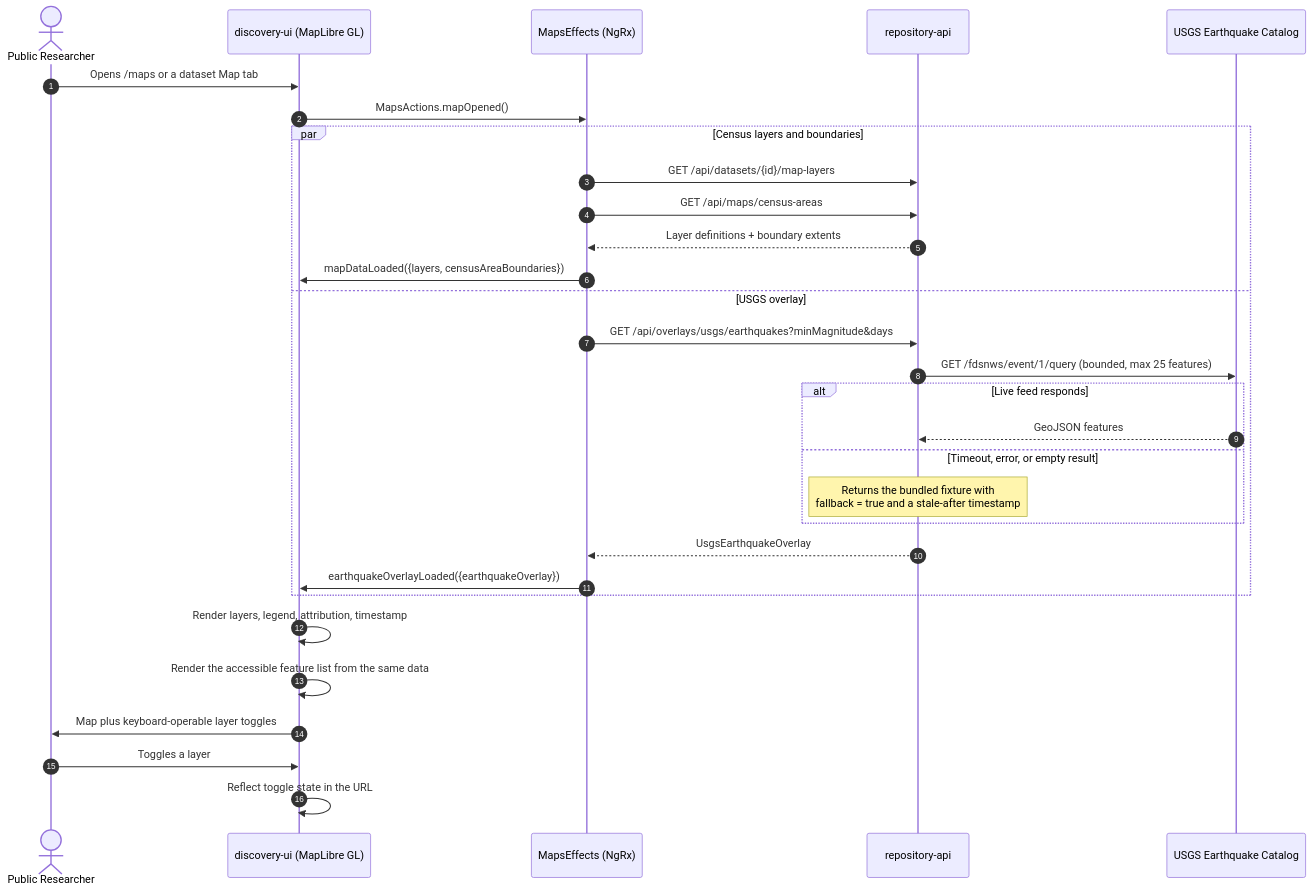
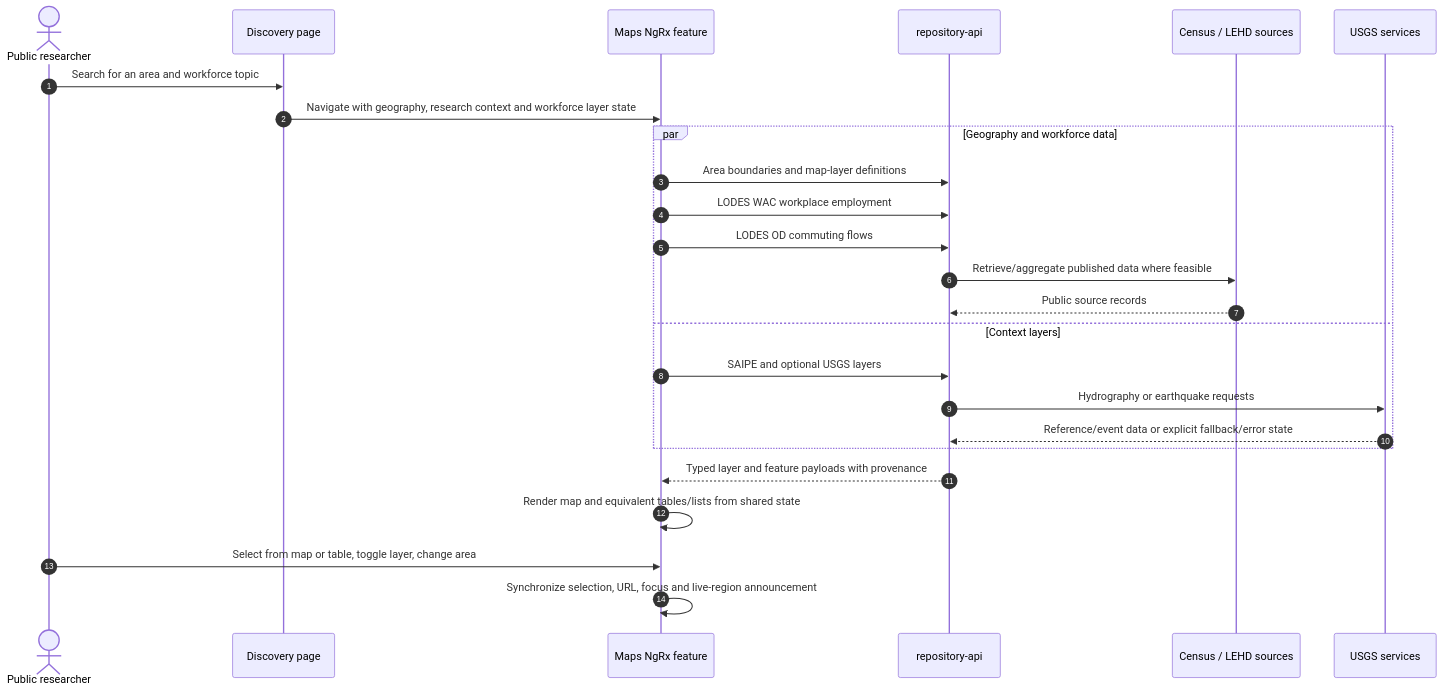
Before and after one commit to JeffreySanford/civics-research-repository: the fifth of 6 diagrams in documentation/architecture-diagrams.md, drawn with Mermaid. The commit also changed other lines of this file and 14 other files, not shown here.

````diff
--- a/documentation/architecture-diagrams.md
+++ b/documentation/architecture-diagrams.md
@@ -176,35 +132,28 @@
 ```mermaid
 sequenceDiagram
     autonumber
-    actor researcher as Public Researcher
-    participant ui as discovery-ui (MapLibre GL)
-    participant effects as MapsEffects (NgRx)
+    actor researcher as Public researcher
+    participant discovery as Discovery page
+    participant maps as Maps NgRx feature
     participant api as repository-api
-    participant usgs as USGS Earthquake Catalog
+    participant census as Census / LEHD sources
+    participant usgs as USGS services
 
-    researcher->>ui: Opens /maps or a dataset Map tab
-    ui->>effects: MapsActions.mapOpened()
-
-    par Census layers and boundaries
-        effects->>api: GET /api/datasets/{id}/map-layers
-        effects->>api: GET /api/maps/census-areas
-        api-->>effects: Layer definitions + boundary extents
-        effects->>ui: mapDataLoaded({layers, censusAreaBoundaries})
-    and USGS overlay
-        effects->>api: GET /api/overlays/usgs/earthquakes?minMagnitude&days
-        api->>usgs: GET /fdsnws/event/1/query (bounded, max 25 features)
-        alt Live feed responds
-            usgs-->>api: GeoJSON features
-        else Timeout, error, or empty result
-            Note over api: Returns the bundled fixture with<br/>fallback = true and a stale-after timestamp
-        end
-        api-->>effects: UsgsEarthquakeOverlay
-        effects->>ui: earthquakeOverlayLoaded({earthquakeOverlay})
+    researcher->>discovery: Search for an area and workforce topic
+    discovery->>maps: Navigate with geography, research context and workforce layer state
+    par Geography and workforce data
+        maps->>api: Area boundaries and map-layer definitions
+        maps->>api: LODES WAC workplace employment
+        maps->>api: LODES OD commuting flows
+        api->>census: Retrieve/aggregate published data where feasible
+        census-->>api: Public source records
+    and Context layers
+        maps->>api: SAIPE and optional USGS layers
+        api->>usgs: Hydrography or earthquake requests
+        usgs-->>api: Reference/event data or explicit fallback/error state
     end
-
-    ui->>ui: Render layers, legend, attribution, timestamp
-    ui->>ui: Render the accessible feature list from the same data
-    ui->>researcher: Map plus keyboard-operable layer toggles
-    researcher->>ui: Toggles a layer
-    ui->>ui: Reflect toggle state in the URL
+    api-->>maps: Typed layer and feature payloads with provenance
+    maps->>maps: Render map and equivalent tables/lists from shared state
+    researcher->>maps: Select from map or table, toggle layer, change area
+    maps->>maps: Synchronize selection, URL, focus and live-region announcement
 ```
````
